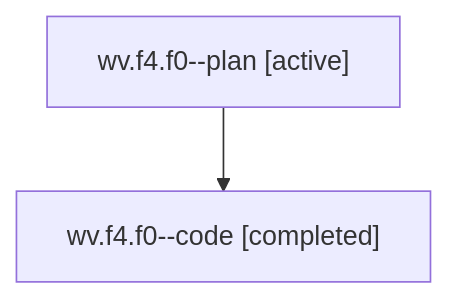
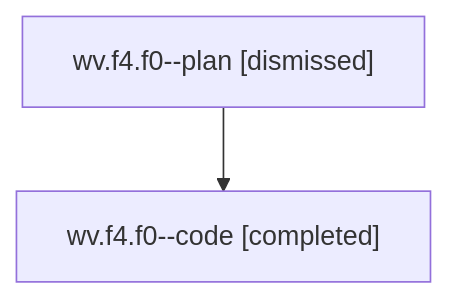
The diagram in sessions/bbugyi200.athena.wv.f4.f0.md (sase-org/sase--agents), drawn with Mermaid before and after one commit. The commit also changed other lines of this file and 42 other files, not shown here.

````diff
--- a/sessions/bbugyi200.athena.wv.f4.f0.md
+++ b/sessions/bbugyi200.athena.wv.f4.f0.md
@@ -9,6 +9,6 @@
 ```mermaid
 flowchart TD
-  n0["wv.f4.f0--plan [active]"]
+  n0["wv.f4.f0--plan [dismissed]"]
   n1["wv.f4.f0--code [completed]"]
   n0 --> n1
 ```
````
